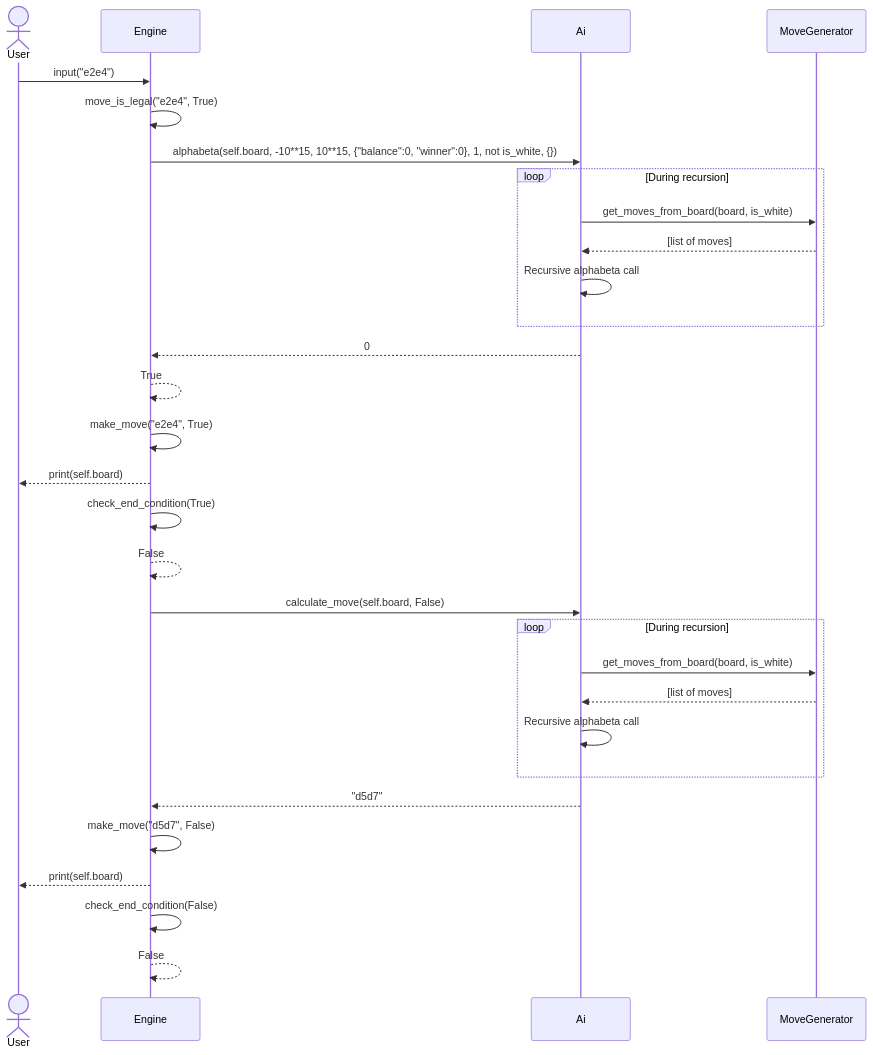
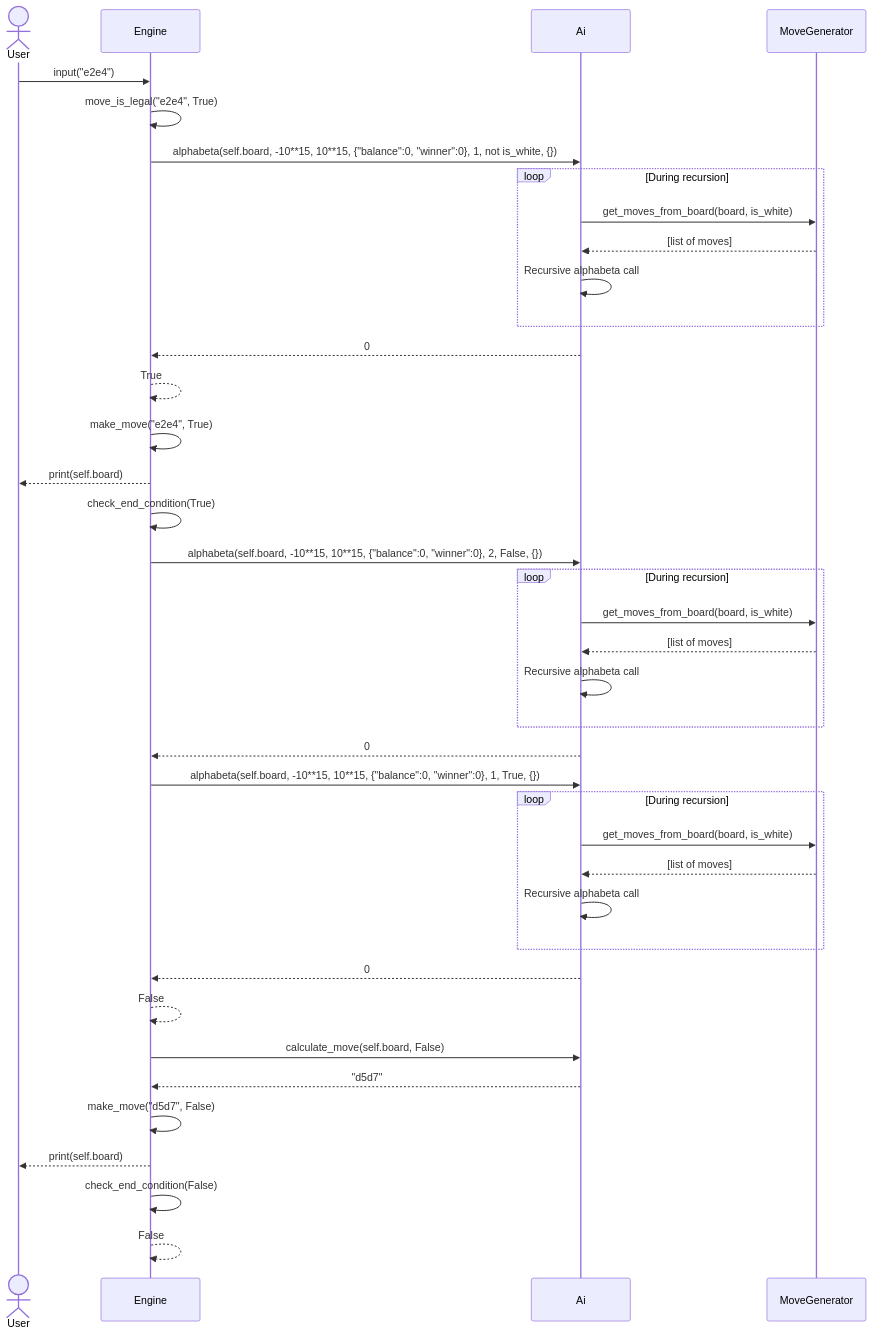
Before and after one commit to rikumat/chess-engine: the second of 3 diagrams in documentation/implementation.md, drawn with Mermaid.

````diff
--- a/documentation/implementation.md
+++ b/documentation/implementation.md
@@ -47,37 +47,47 @@
 ```mermaid
 sequenceDiagram
   actor User
   participant Engine
   participant Ai
-  participant MoveGenerator
 
   User ->> Engine: input("e2e4")
   Engine ->> Engine: move_is_legal("e2e4", True)
   Engine ->> Ai: alphabeta(self.board, -10**15, 10**15, {"balance":0, "winner":0}, 1, not is_white, {})
 
   loop During recursion
   Ai ->> MoveGenerator: get_moves_from_board(board, is_white)
   MoveGenerator -->> Ai: [list of moves]
   Ai ->> Ai: Recursive alphabeta call
   end
 
   Ai -->> Engine: 0
   Engine -->> Engine: True
   Engine ->> Engine: make_move("e2e4", True)
   Engine -->> User: print(self.board)
   Engine ->> Engine: check_end_condition(True)
-  Engine -->> Engine: False
-  Engine ->> Ai: calculate_move(self.board, False)
+  Engine ->> Ai: alphabeta(self.board, -10**15, 10**15, {"balance":0, "winner":0}, 2, False, {})
 
   loop During recursion
   Ai ->> MoveGenerator: get_moves_from_board(board, is_white)
   MoveGenerator -->> Ai: [list of moves]
   Ai ->> Ai: Recursive alphabeta call
   end
+  Ai -->> Engine: 0
+
+  Engine ->> Ai: alphabeta(self.board, -10**15, 10**15, {"balance":0, "winner":0}, 1, True, {})
+  loop During recursion
+  Ai ->> MoveGenerator: get_moves_from_board(board, is_white)
+  MoveGenerator -->> Ai: [list of moves]
+  Ai ->> Ai: Recursive alphabeta call
+  end
+  Ai -->> Engine: 0
+  Engine -->> Engine: False
+  Engine ->> Ai: calculate_move(self.board, False)
+
 
   Ai -->> Engine: "d5d7"
   Engine ->> Engine: make_move("d5d7", False)
   Engine -->> User: print(self.board)
   Engine ->> Engine: check_end_condition(False)
   Engine -->> Engine: False
   ```
````
